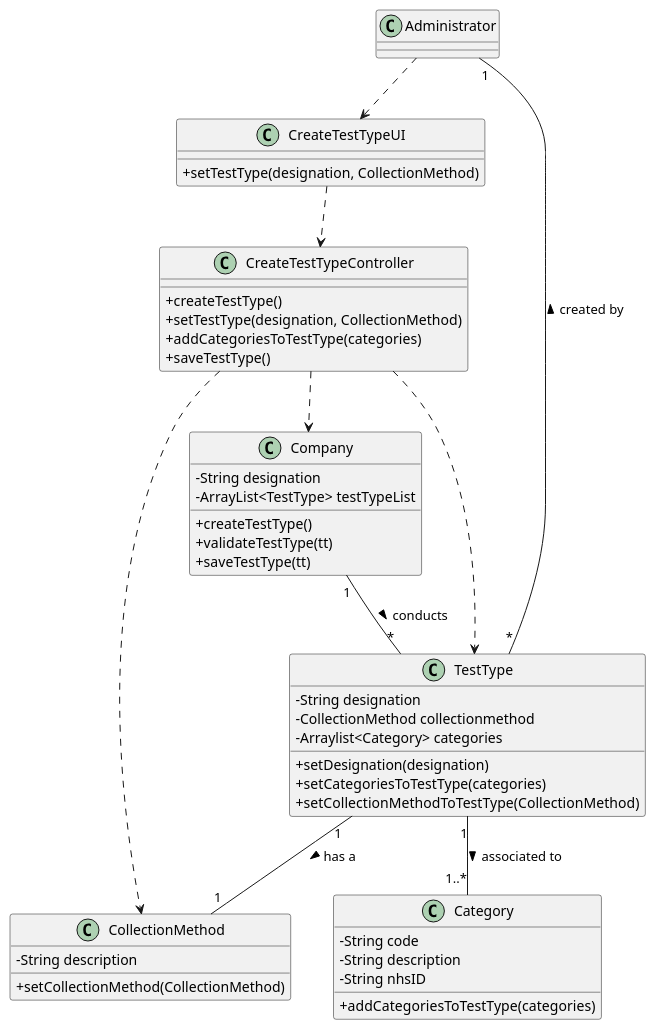
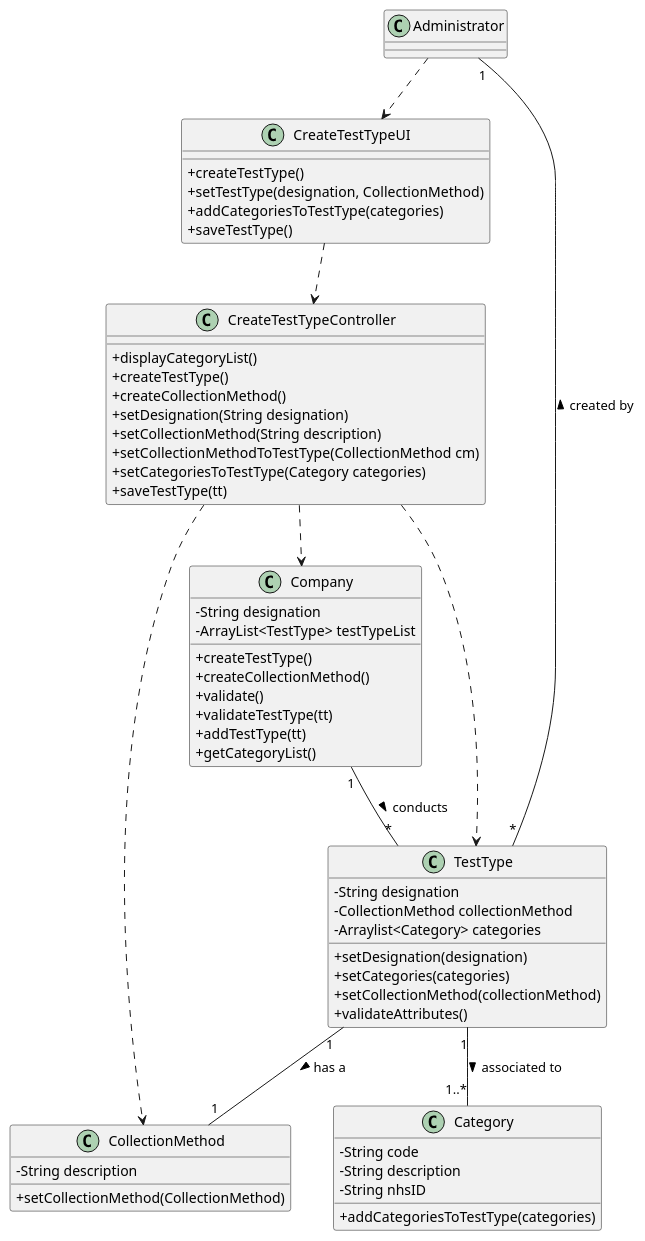
One commit to MadDinosaur/ISEP-LAPR2 changed the diagram in docs/SprintB/US9/US9_CD.puml. Above: the diagram before and after it, drawn with PlantUML. The commit also changed 7 other files, not shown here.

Commit message:
Made some changes to the sequence diagram, to the class diagram and to the requirements file. Started implementing the code.

```diff
--- a/docs/SprintB/US9/US9_CD.puml
+++ b/docs/SprintB/US9/US9_CD.puml
@@ -1,52 +1,63 @@
 @startuml
 
 skinparam classAttributeIconSize 0
 
 class Administrator
 class CreateTestTypeUI {
-+setTestType(designation, CollectionMethod)
-}
-class CreateTestTypeController {
 +createTestType()
 +setTestType(designation, CollectionMethod)
 +addCategoriesToTestType(categories)
 +saveTestType()
+}
+class CreateTestTypeController {
++displayCategoryList()
++createTestType()
++createCollectionMethod()
++setDesignation(String designation)
++setCollectionMethod(String description)
++setCollectionMethodToTestType(CollectionMethod cm)
++setCategoriesToTestType(Category categories)
++saveTestType(tt)
 }
 class CollectionMethod {
 -String description
 +setCollectionMethod(CollectionMethod)
 }
 class TestType {
 -String designation
--CollectionMethod collectionmethod
+-CollectionMethod collectionMethod
 -Arraylist<Category> categories
 +setDesignation(designation)
-+setCategoriesToTestType(categories)
-+setCollectionMethodToTestType(CollectionMethod)
++setCategories(categories)
++setCollectionMethod(collectionMethod)
++validateAttributes()
 }
 class Category {
 -String code
 -String description
 -String nhsID
 +addCategoriesToTestType(categories)
 }
 class Company {
 -String designation
 -ArrayList<TestType> testTypeList
 +createTestType()
++createCollectionMethod()
++validate()
 +validateTestType(tt)
-+saveTestType(tt)
++addTestType(tt)
++getCategoryList()
 }
 
 Administrator ..> CreateTestTypeUI
 CreateTestTypeUI ..> CreateTestTypeController
 TestType "*"-up-"1" Administrator : created by >
 Category "1..*"-up-"1" TestType  : associated to <
 TestType "1"--"1" CollectionMethod : has a  >
 Company "1"-down-"*" TestType : conducts >
 CreateTestTypeController ..> Company
 CreateTestTypeController ..> TestType
 CreateTestTypeController ..> CollectionMethod
 
 
 @enduml
```
